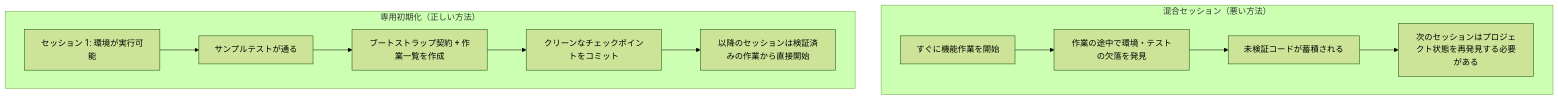
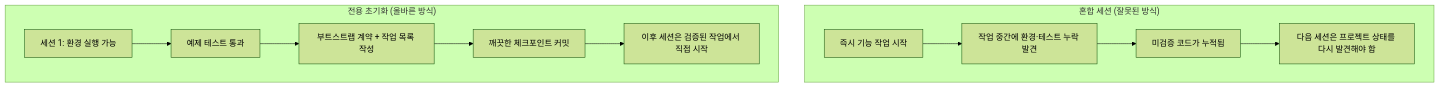
Before and after one commit to mkusaka/learn-harness-engineering: the diagram in docs/ko/lectures/lecture-06-why-initialization-needs-its-own-phase/index.md, drawn with Mermaid (forest theme). The commit also changed other lines of this file and 684 other files, not shown here.

````diff
--- a/docs/ko/lectures/lecture-06-why-initialization-needs-its-own-phase/index.md
+++ b/docs/ko/lectures/lecture-06-why-initialization-needs-its-own-phase/index.md
@@ -22,15 +22,15 @@
 ```mermaid
 flowchart TB
-    subgraph Wrong["混合セッション（悪い方法）"]
-        W1["すぐに機能作業を開始"] --> W2["作業の途中で環境・テストの欠落を発見"]
-        W2 --> W3["未検証コードが蓄積される"]
-        W3 --> W4["次のセッションはプロジェクト状態を再発見する必要がある"]
+    subgraph Wrong["혼합 세션 (잘못된 방식)"]
+        W1["즉시 기능 작업 시작"] --> W2["작업 중간에 환경·테스트 누락 발견"]
+        W2 --> W3["미검증 코드가 누적됨"]
+        W3 --> W4["다음 세션은 프로젝트 상태를 다시 발견해야 함"]
     end
 
-    subgraph Right["専用初期化（正しい方法）"]
-        R1["セッション 1: 環境が実行可能"] --> R2["サンプルテストが通る"]
-        R2 --> R3["ブートストラップ契約 + 作業一覧を作成"]
-        R3 --> R4["クリーンなチェックポイントをコミット"]
-        R4 --> R5["以降のセッションは検証済みの作業から直接開始"]
+    subgraph Right["전용 초기화 (올바른 방식)"]
+        R1["세션 1: 환경 실행 가능"] --> R2["예제 테스트 통과"]
+        R2 --> R3["부트스트랩 계약 + 작업 목록 작성"]
+        R3 --> R4["깨끗한 체크포인트 커밋"]
+        R4 --> R5["이후 세션은 검증된 작업에서 직접 시작"]
     end
 ```
````
